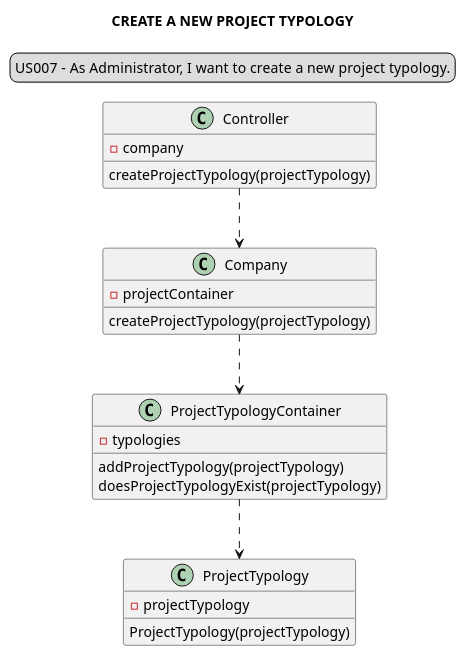
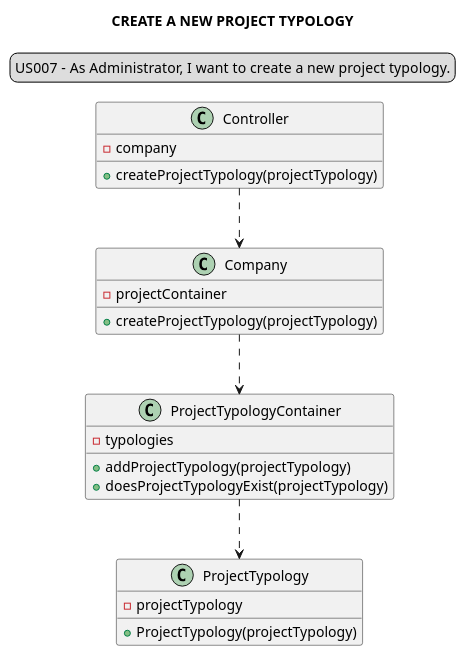
The diagram in docs/modelling_design/user_stories/us007/US007_classDiagram.puml (Loracline/project_switch_22-23), drawn with PlantUML before and after one commit. The commit also changed 1 other file, not shown here.

```diff
--- a/docs/modelling_design/user_stories/us007/US007_classDiagram.puml
+++ b/docs/modelling_design/user_stories/us007/US007_classDiagram.puml
@@ -1,32 +1,32 @@
 @startuml
 
 legend top
 US007 -  As Administrator, I want to create a new project typology.
 end legend
 skinparam sequenceMessageAlign center
 title CREATE A NEW PROJECT TYPOLOGY
 
 "Controller" ..> "Company"
 "Company" ..> "ProjectTypologyContainer"
 "ProjectTypologyContainer" ..> "ProjectTypology"
 
 class "Company" {
 -projectContainer
-createProjectTypology(projectTypology)
++createProjectTypology(projectTypology)
 }
 class "Controller" {
 -company
-createProjectTypology(projectTypology)
++createProjectTypology(projectTypology)
 }
 class "ProjectTypologyContainer"{
 -typologies
-addProjectTypology(projectTypology)
-doesProjectTypologyExist(projectTypology)
++addProjectTypology(projectTypology)
++doesProjectTypologyExist(projectTypology)
 }
 class "ProjectTypology"{
 -projectTypology
-ProjectTypology(projectTypology)
++ProjectTypology(projectTypology)
 }
 
 
 @enduml
```
